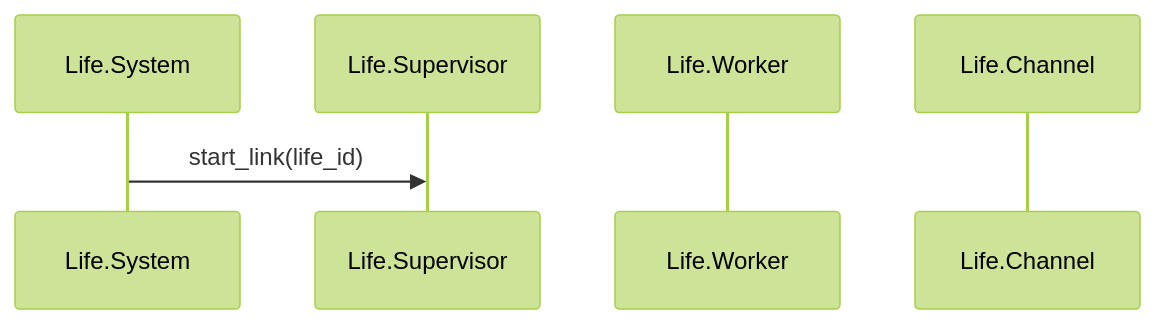
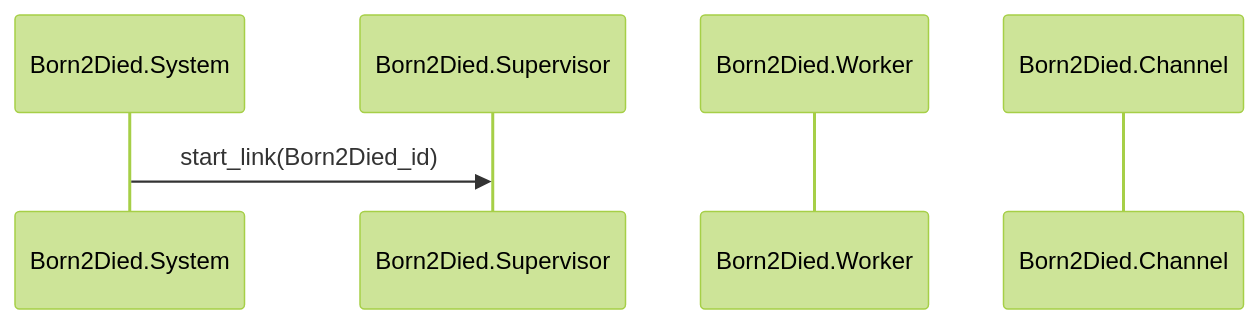
The second of 2 diagrams in system/apps/agrex_edge/lib/born_2_died/readme.md (beam-campus/farm-sim), drawn with Mermaid (forest theme) before and after one commit. The commit also changed other lines of this file and 118 other files, not shown here.

````diff
--- a/system/apps/agrex_edge/lib/born_2_died/readme.md
+++ b/system/apps/agrex_edge/lib/born_2_died/readme.md
@@ -35,10 +35,10 @@
 ```mermaid
 sequenceDiagram
-  participant Life.System
-  participant Life.Supervisor
-  participant Life.Worker
-  participant Life.Channel
+  participant Born2Died.System
+  participant Born2Died.Supervisor
+  participant Born2Died.Worker
+  participant Born2Died.Channel
 
-  Life.System->>Life.Supervisor : start_link(life_id)
+  Born2Died.System->>Born2Died.Supervisor : start_link(Born2Died_id)
 
 ```
````
